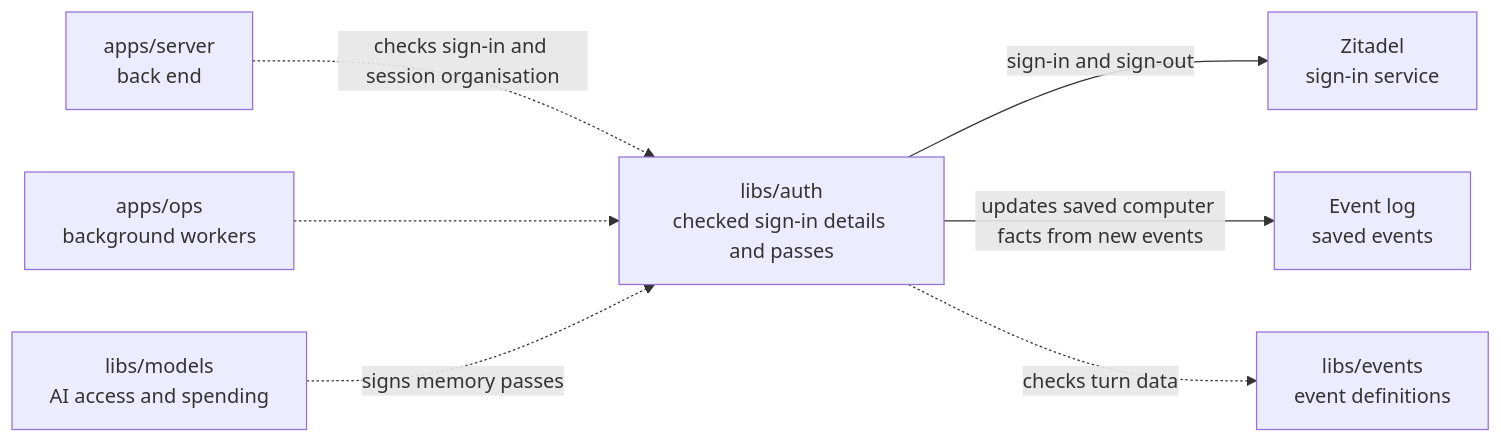
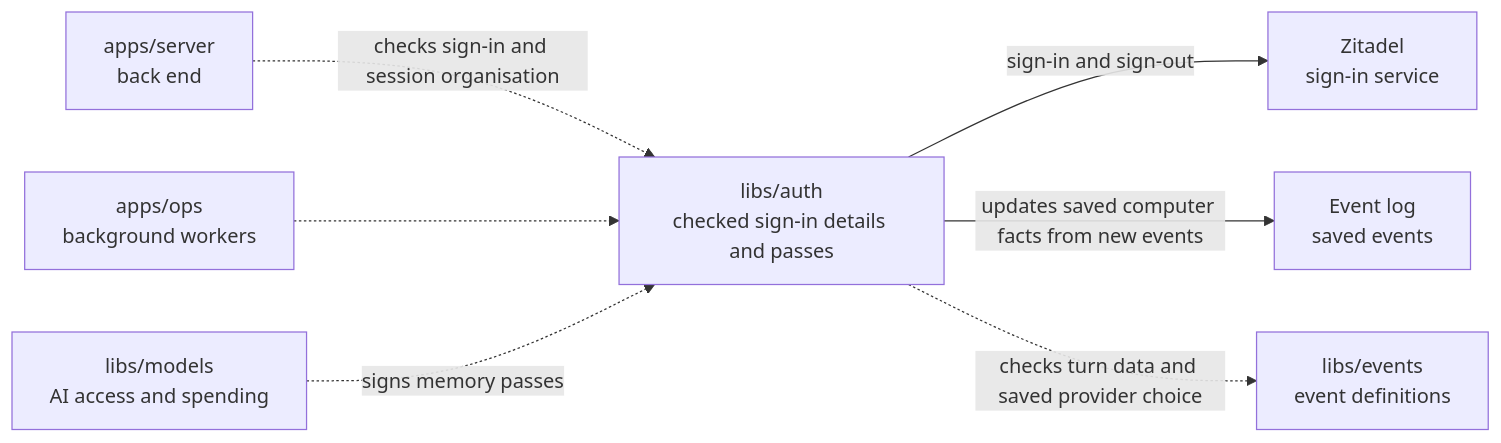
One commit to elewa-git/opencrane-new changed the diagram in libs/auth/README.md. Above: the diagram before and after it, drawn with Mermaid. The commit also changed other lines of this file and 20 other files, not shown here.

Commit message:
🔒 Keep recorded provider choices in turn passes and spending holds

````diff
--- a/libs/auth/README.md
+++ b/libs/auth/README.md
@@ -11,9 +11,9 @@
 ```mermaid
 flowchart LR
   server["apps/server<br/>back end"] -.->|checks sign-in and session organisation| auth["libs/auth<br/>checked sign-in details and passes"]
   ops["apps/ops<br/>background workers"] -.-> auth
   models["libs/models<br/>AI access and spending"] -.->|signs memory passes| auth
   auth -->|sign-in and sign-out| zitadel["Zitadel<br/>sign-in service"]
   auth -->|updates saved computer facts from new events| events["Event log<br/>saved events"]
-  auth -.->|checks turn data| catalogue["libs/events<br/>event definitions"]
+  auth -.->|checks turn data and saved provider choice| catalogue["libs/events<br/>event definitions"]
 ```
````
